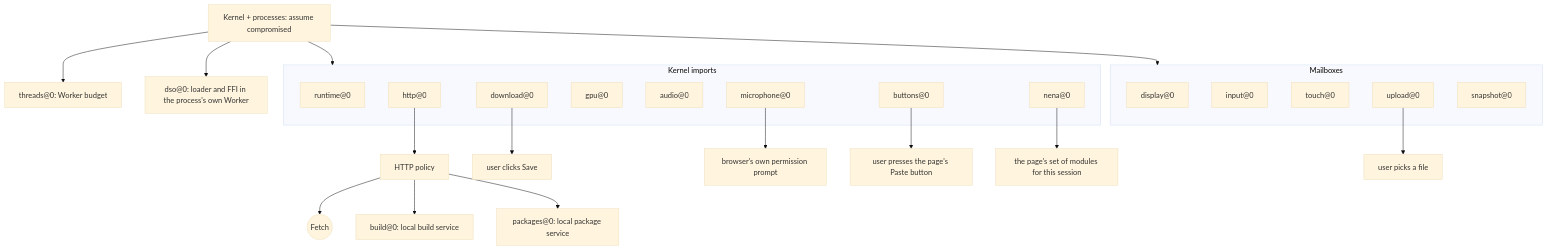
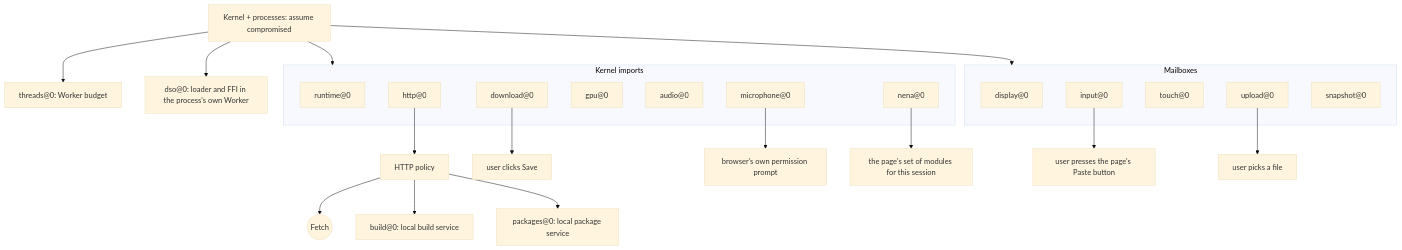
The diagram in docs/browser-boundary.md (daugasauron/dolly), drawn with Mermaid (base theme) before and after one commit. The commit also changed other lines of this file and 47 other files, not shown here.

````diff
--- a/docs/browser-boundary.md
+++ b/docs/browser-boundary.md
@@ -13,36 +13,35 @@
 ```mermaid
 flowchart TB
   guest["Kernel + processes: assume compromised"]
   subgraph imports["Kernel imports"]
     rt["runtime@0"]
     http["http@0"]
     dl["download@0"]
     gpu["gpu@0"]
     au["audio@0"]
     mic["microphone@0"]
-    btn["buttons@0"]
     nena["nena@0"]
   end
   subgraph mailboxes["Mailboxes"]
     disp["display@0"]
     inp["input@0"]
     tch["touch@0"]
     up["upload@0"]
     snap["snapshot@0"]
   end
   th["threads@0: Worker budget"]
   dso["dso@0: loader and FFI in the process's own Worker"]
   guest --> imports
   guest --> mailboxes
   guest --> th
   guest --> dso
   http --> policy["HTTP policy"]
   policy --> fetch(("Fetch"))
   policy --> build["build@0: local build service"]
   policy --> packages["packages@0: local package service"]
   dl --> save["user clicks Save"]
   up --> picker["user picks a file"]
   mic --> prompt["browser's own permission prompt"]
-  btn --> paste["user presses the page's Paste button"]
+  inp --> paste["user presses the page's Paste button"]
   nena --> set["the page's set of modules for this session"]
 ```
````
